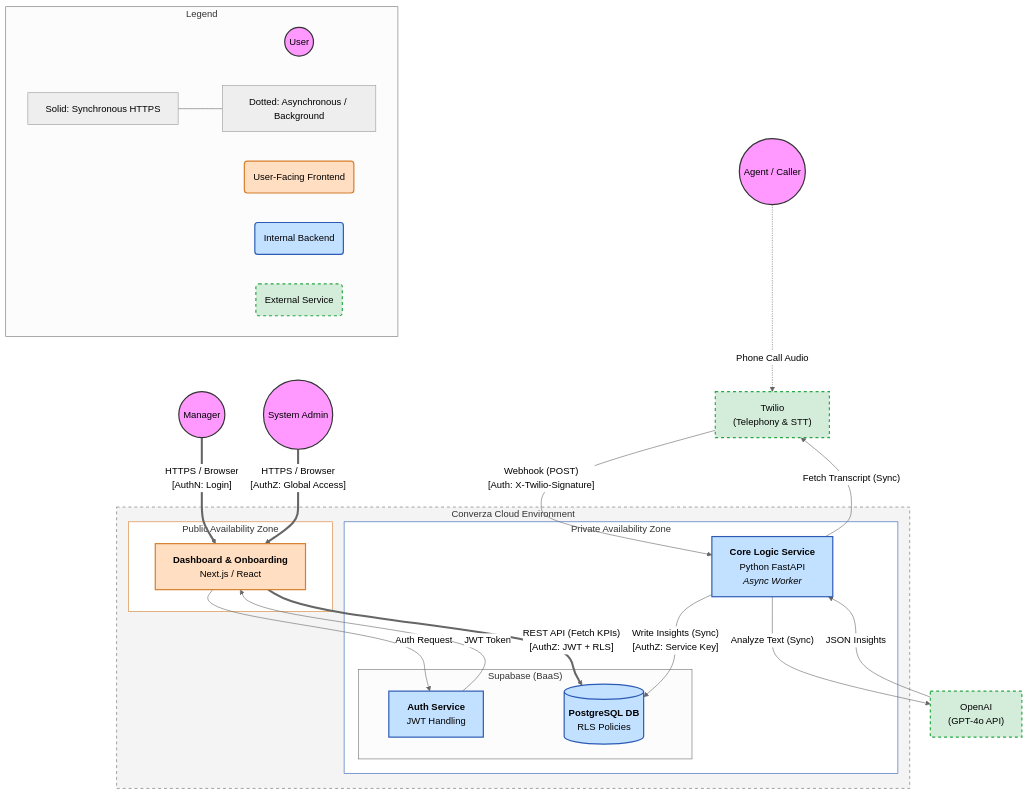
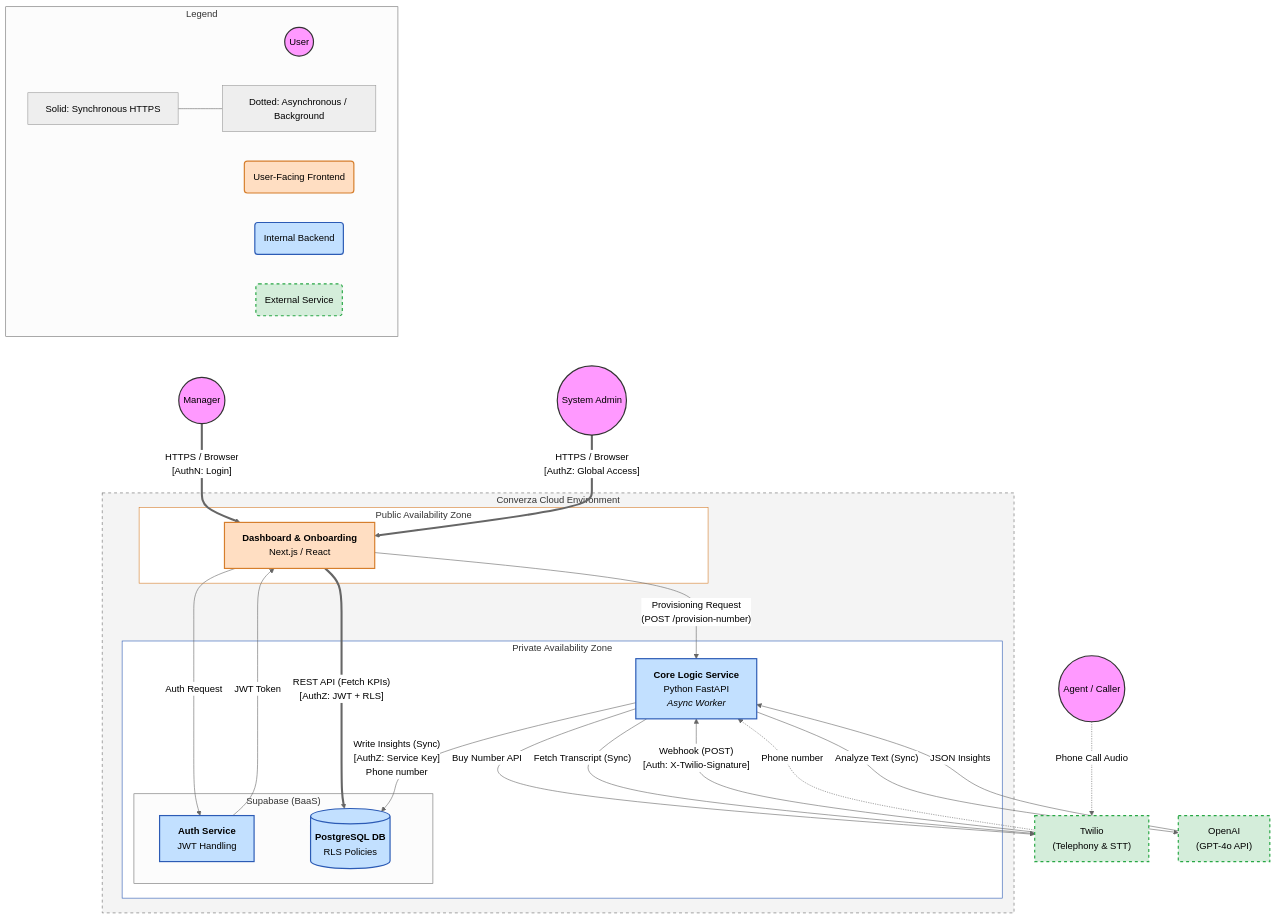
One commit to RauPro/Converzai changed the first of 6 diagrams in README.md. Above: the diagram before and after it, drawn with Mermaid (neutral theme). The commit also changed other lines of this file, not shown here.

First line of the commit message:
provisioning flow and project phases

````diff
--- a/README.md
+++ b/README.md
@@ -101,75 +101,77 @@
 ```mermaid
 graph TD
     %% --- STYLING ---
     classDef person fill:#f9f,stroke:#333,stroke-width:2px,color:black;
     classDef frontend fill:#ffdec2,stroke:#d67e2c,stroke-width:2px,color:black;
     classDef backend fill:#c2e0ff,stroke:#2c5bb5,stroke-width:2px,color:black;
     classDef db fill:#c2e0ff,stroke:#2c5bb5,stroke-width:2px,shape:cylinder,color:black;
     classDef external fill:#d4edda,stroke:#28a745,stroke-width:2px,stroke-dasharray: 5 5,color:black;
     classDef legend fill:#fff,stroke:#333,stroke-width:1px,color:black;
 
     %% --- LEGEND ---
     subgraph Legend
         L_User((User)):::person
         L_Front("User-Facing Frontend"):::frontend
         L_Back("Internal Backend"):::backend
         L_Ext("External Service"):::external
         L_Line1[Solid: Synchronous HTTPS] --- L_Line2[Dotted: Asynchronous / Background]
     end
 
     %% --- USERS ---
     Manager((Manager)):::person
     Admin((System Admin)):::person
     Agent(("Agent / Caller")):::person
 
     %% --- EXTERNAL SYSTEMS (PUBLIC INTERNET) ---
     Twilio["Twilio<br/>(Telephony & STT)"]:::external
     OpenAI["OpenAI<br/>(GPT-4o API)"]:::external
 
     %% --- CONVERZA CLOUD INFRASTRUCTURE ---
     subgraph Converza_Cloud ["Converza Cloud Environment"]
         style Converza_Cloud fill:#f4f4f4,stroke:#666,stroke-dasharray: 5 5
 
         %% Frontend Layer (Publicly Accessible via URL)
         subgraph Public_Zone ["Public Availability Zone"]
             style Public_Zone fill:#fff,stroke:#d67e2c
             NextApp["<b>Dashboard & Onboarding</b><br/>Next.js / React"]:::frontend
         end
 
         %% Backend Layer (Internal / Protected)
         subgraph Private_Zone ["Private Availability Zone"]
             style Private_Zone fill:#fff,stroke:#2c5bb5
             
             FastAPI["<b>Core Logic Service</b><br/>Python FastAPI<br/><i>Async Worker</i>"]:::backend
             
             subgraph BaaS ["Supabase (BaaS)"]
                 SupabaseAuth["<b>Auth Service</b><br/>JWT Handling"]:::backend
                 SupabaseDB[("<b>PostgreSQL DB</b><br/>RLS Policies")]:::db
             end
         end
     end
 
     %% --- INTERACTIONS & DATA FLOW ---
 
     %% 1. Telephony Flow (The Trigger)
     Agent -.->|Phone Call Audio| Twilio
     Twilio --"Webhook (POST)<br/>[Auth: X-Twilio-Signature]"--> FastAPI
-
+    Twilio -.->|Phone number| FastAPI
     %% 2. Manager Interaction
     Manager == "HTTPS / Browser<br/>[AuthN: Login]" ==> NextApp
     NextApp -- "Auth Request" --> SupabaseAuth
     SupabaseAuth -- "JWT Token" --> NextApp
     NextApp == "REST API (Fetch KPIs)<br/>[AuthZ: JWT + RLS]" ==> SupabaseDB
 
-    %% 3. Admin Interaction
+    %% 3. Admin Interaction (Provisioning Flow Added)
     Admin == "HTTPS / Browser<br/>[AuthZ: Global Access]" ==> NextApp
+    NextApp -- "Provisioning Request<br/>(POST /provision-number)" --> FastAPI
+    FastAPI -- "Buy Number API" --> Twilio
 
     %% 4. The Intelligence Pipeline (Internal/Async)
     FastAPI -- "Fetch Transcript (Sync)" --> Twilio
     FastAPI -- "Analyze Text (Sync)" --> OpenAI
     OpenAI -- "JSON Insights" --> FastAPI
-    FastAPI -- "Write Insights (Sync)<br/>[AuthZ: Service Key]" --> SupabaseDB
+    FastAPI -- "Write Insights (Sync)<br/>[AuthZ: Service Key]<br/>Phone number" --> SupabaseDB
 
     %% Link Legend to graph to keep it tidy (Hidden link)
     Legend ~~~ Manager
 ```
````
